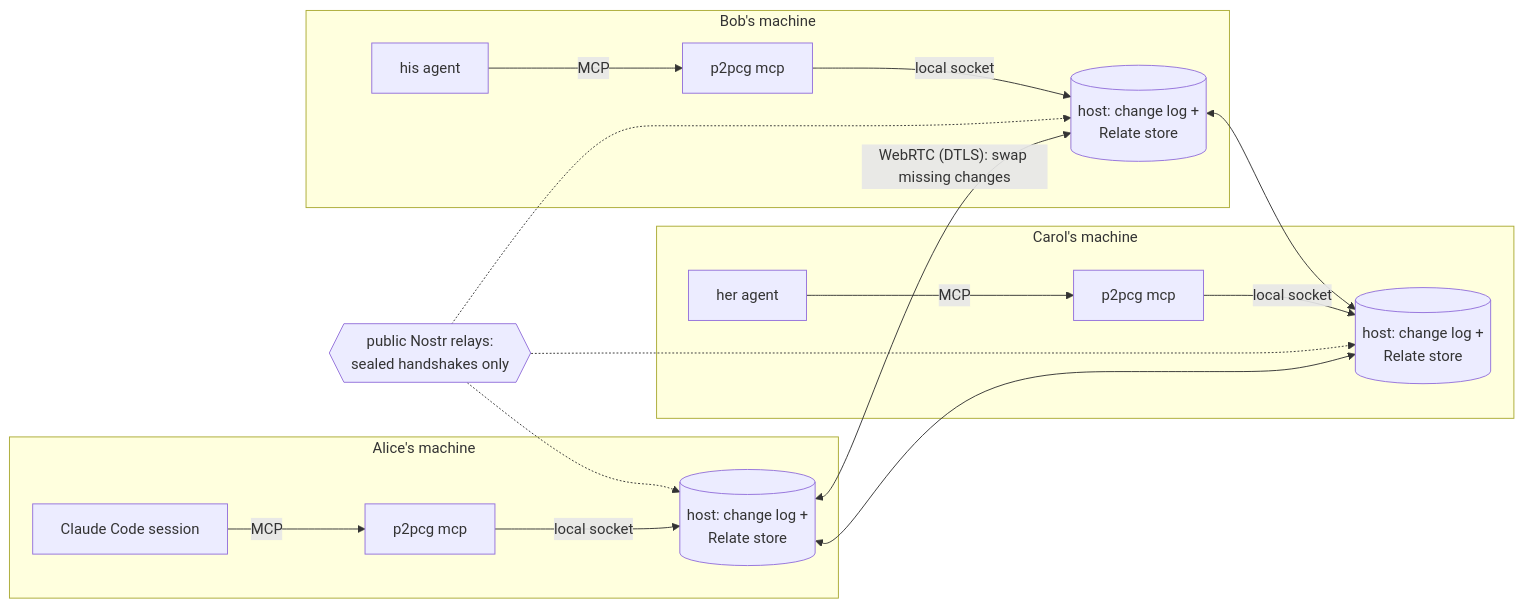
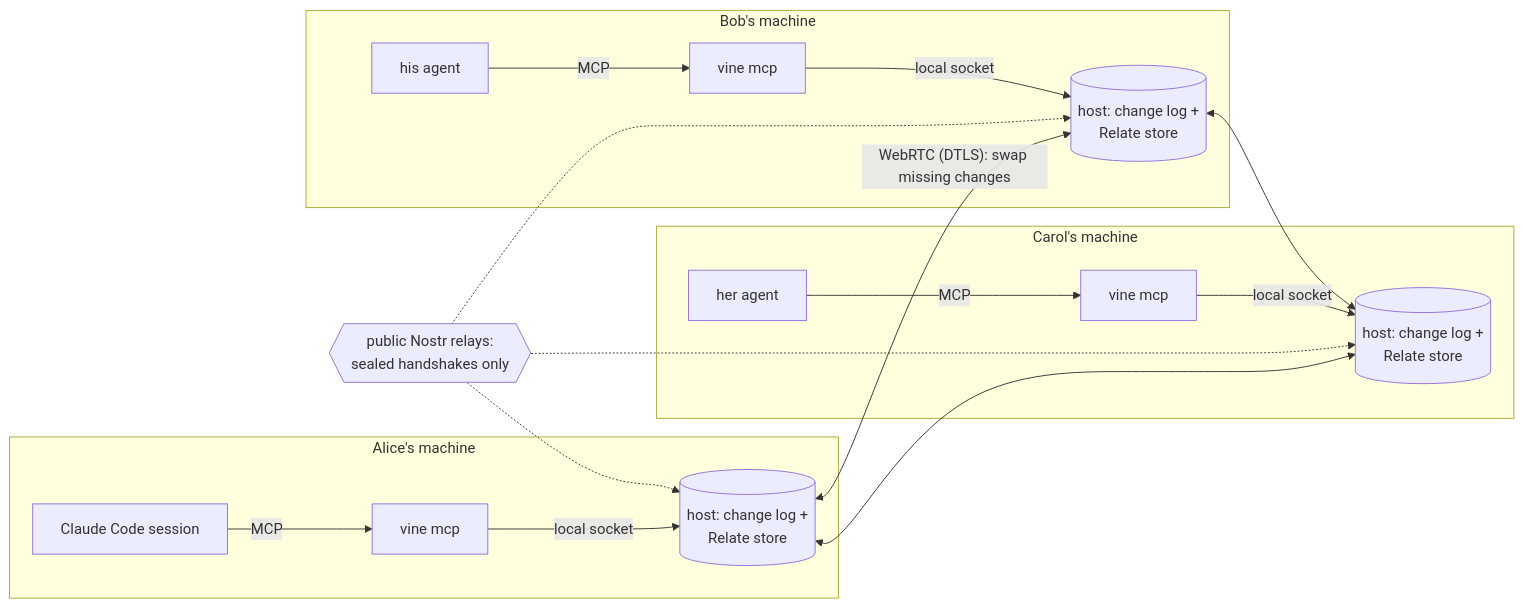
Before and after one commit to CraigDeverall/vine-context: the diagram in README.md, drawn with Mermaid. The commit also changed other lines of this file and 68 other files, not shown here.

First line of the commit message:
Rename to Vine Context; drop the npx fallback and old-version code

````diff
--- a/README.md
+++ b/README.md
@@ -184,21 +183,21 @@
 ```mermaid
 flowchart LR
   subgraph alice["Alice's machine"]
-    A1[Claude Code session] -- MCP --> S1[p2pcg mcp]
+    A1[Claude Code session] -- MCP --> S1[vine mcp]
     S1 -- local socket --> H1[(host: change log +<br/>Relate store)]
   end
   subgraph bob["Bob's machine"]
-    B1[his agent] -- MCP --> S2[p2pcg mcp]
+    B1[his agent] -- MCP --> S2[vine mcp]
     S2 -- local socket --> H2[(host: change log +<br/>Relate store)]
   end
   subgraph carol["Carol's machine"]
-    C1[her agent] -- MCP --> S3[p2pcg mcp]
+    C1[her agent] -- MCP --> S3[vine mcp]
     S3 -- local socket --> H3[(host: change log +<br/>Relate store)]
   end
   H1 <-- "WebRTC (DTLS): swap missing changes" --> H2
   H2 <--> H3
   H1 <--> H3
   N{{public Nostr relays:<br/>sealed handshakes only}} -.-> H1
   N -.-> H2
   N -.-> H3
 ```
````
